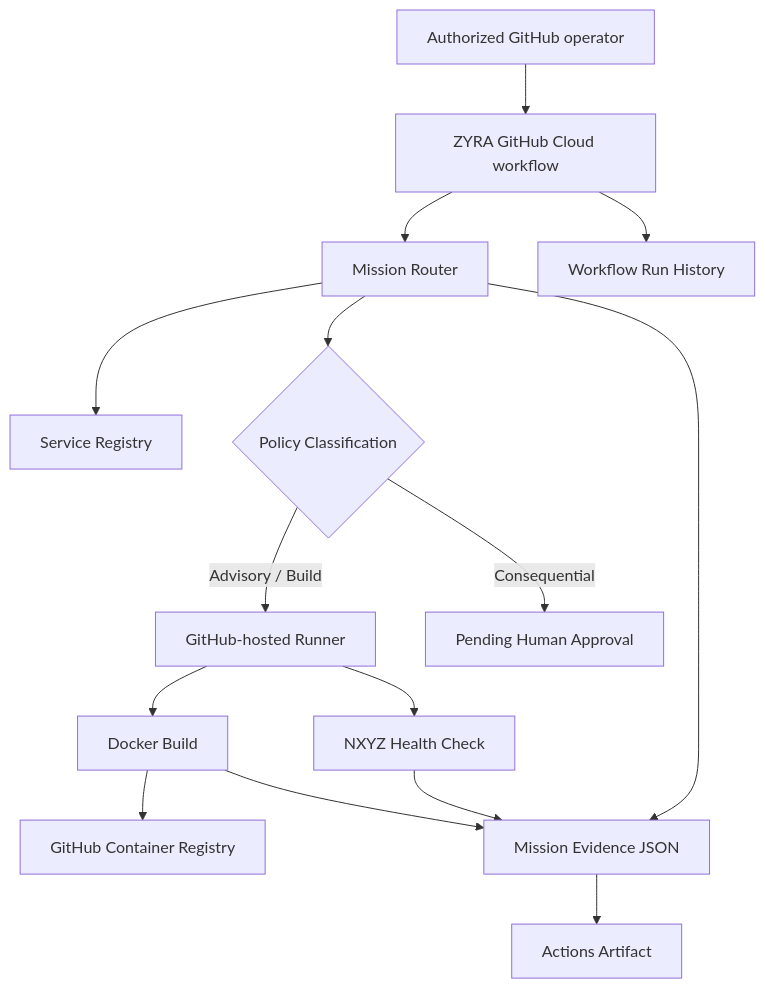
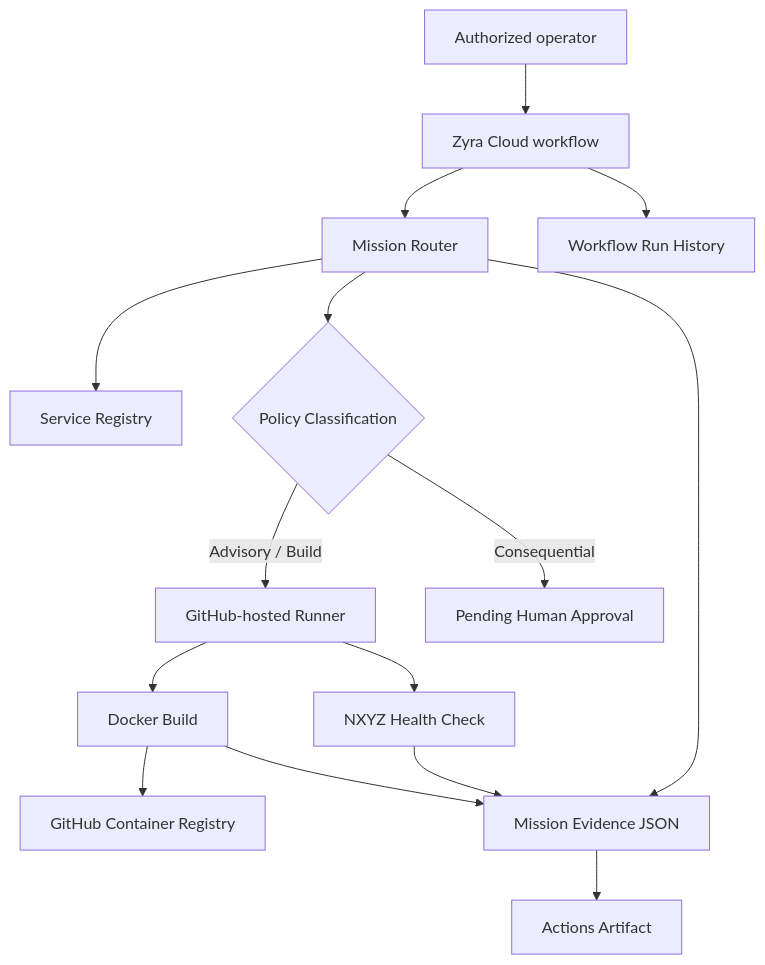
Before and after one commit to sonoxo/zyra: the diagram in docs/ZYRA-GITHUB-CLOUD.md, drawn with Mermaid. The commit also changed other lines of this file, not shown here.

Commit message:
docs(cloud): rename public system to Zyra Cloud

````diff
--- a/docs/ZYRA-GITHUB-CLOUD.md
+++ b/docs/ZYRA-GITHUB-CLOUD.md
@@ -24,17 +24,17 @@
 ```mermaid
 flowchart TD
-    OP[Authorized GitHub operator] --> WF[ZYRA GitHub Cloud workflow]
+    OP[Authorized operator] --> WF[Zyra Cloud workflow]
     WF --> ROUTER[Mission Router]
     ROUTER --> REG[Service Registry]
     ROUTER --> POLICY{Policy Classification}
     POLICY -->|Advisory / Build| RUNNER[GitHub-hosted Runner]
     POLICY -->|Consequential| HOLD[Pending Human Approval]
     RUNNER --> HEALTH[NXYZ Health Check]
     RUNNER --> BUILD[Docker Build]
     BUILD --> GHCR[GitHub Container Registry]
     ROUTER --> EVID[Mission Evidence JSON]
     HEALTH --> EVID
     BUILD --> EVID
     EVID --> ART[Actions Artifact]
     WF --> LOG[Workflow Run History]
 ```
````
